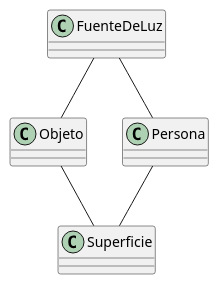
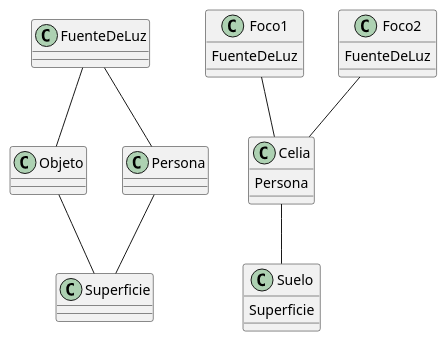
Before and after one commit to mmasias/24-25-IdSw1: the diagram in entregas/oteroJorge/entregaClase/Sombra.puml, drawn with PlantUML. The commit also changed 1 other file, not shown here.

```diff
--- a/entregas/oteroJorge/entregaClase/Sombra.puml
+++ b/entregas/oteroJorge/entregaClase/Sombra.puml
@@ -1,12 +1,20 @@
 @startuml Sombra
 
 class FuenteDeLuz
 class Superficie
 class Objeto
 class Persona
 FuenteDeLuz -- Objeto
 Objeto -- Superficie
 FuenteDeLuz -- Persona
 Persona -- Superficie
 
+Foco1 : FuenteDeLuz
+Foco2 : FuenteDeLuz
+Celia : Persona
+Suelo : Superficie
+Foco1 -- Celia
+Foco2 -- Celia
+Celia -- Suelo
+
 @enduml
```
